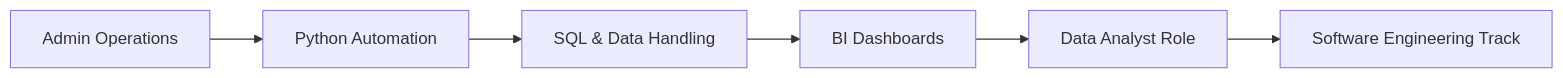
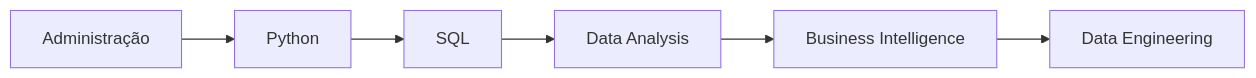
One commit to ViniciusBrandaoo/ViniciusBrandaoo changed the first of 2 diagrams in README.md. Above: the diagram before and after it, drawn with Mermaid. The commit also changed other lines of this file, not shown here.

````diff
--- a/README.md
+++ b/README.md
@@ -48,8 +64,8 @@
 ```mermaid
 graph LR
-A[Admin Operations] --> B[Python Automation]
-B --> C[SQL & Data Handling]
-C --> D[BI Dashboards]
-D --> E[Data Analyst Role]
-E --> F[Software Engineering Track]
+A[Administração] --> B[Python]
+B --> C[SQL]
+C --> D[Data Analysis]
+D --> E[Business Intelligence]
+E --> F[Data Engineering]
 ```
````
